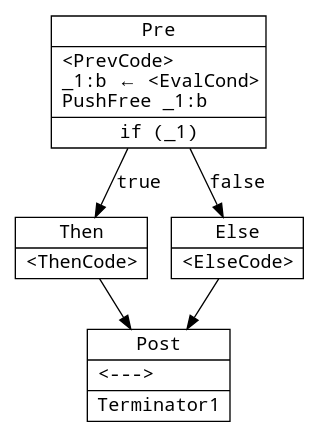
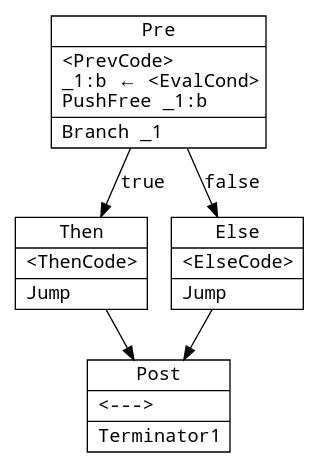
The diagram in assets/irgen/if/post.dot (cubicap/mgrthesis), drawn with Graphviz before and after one commit. The commit also changed 33 other files, not shown here.

```diff
--- a/assets/irgen/if/post.dot
+++ b/assets/irgen/if/post.dot
@@ -1,12 +1,12 @@
 digraph {
   node [shape=record fontname="Noto Mono"];
   edge [fontname="Noto Mono"];
-  block0x55dac4eef5f0 [label="{Pre|\<PrevCode\>\l_1:b ← \<EvalCond\>\lPushFree _1:b\l|if (_1)}"];
+  block0x55dac4eef5f0 [label="{Pre|\<PrevCode\>\l_1:b ← \<EvalCond\>\lPushFree _1:b\l|Branch _1\l}"];
   block0x55dac4eef5f0 -> block0x55dac4eef790 [label="true"];
   block0x55dac4eef5f0 -> block0x55dac4eef7d0 [label="false"];
-  block0x55dac4eef790 [label="{Then|\<ThenCode\>\l}"];
+  block0x55dac4eef790 [label="{Then|\<ThenCode\>\l|Jump\l}"];
   block0x55dac4eef790 -> block0x55dac4eef830;
-  block0x55dac4eef7d0 [label="{Else|\<ElseCode\>\l}"];
+  block0x55dac4eef7d0 [label="{Else|\<ElseCode\>\l|Jump\l}"];
   block0x55dac4eef7d0 -> block0x55dac4eef830;
-  block0x55dac4eef830 [label="{Post|\<---\>\l|Terminator1}"];
+  block0x55dac4eef830 [label="{Post|\<---\>\l|Terminator1\l}"];
 }
```
